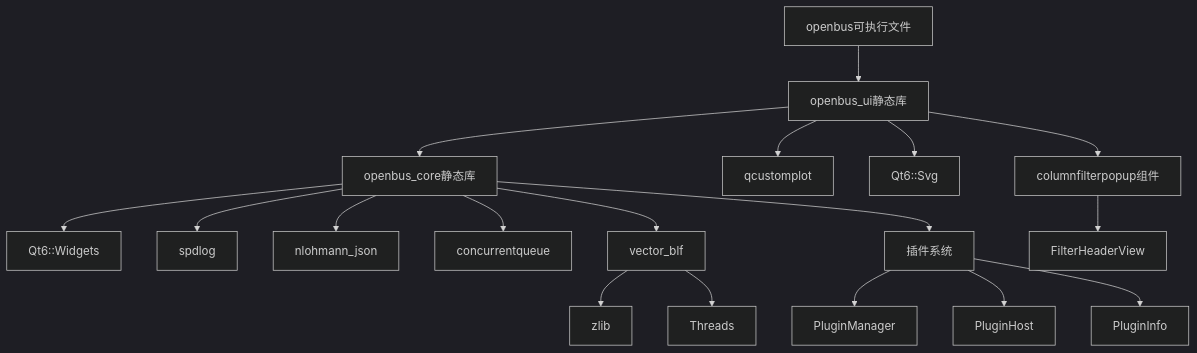
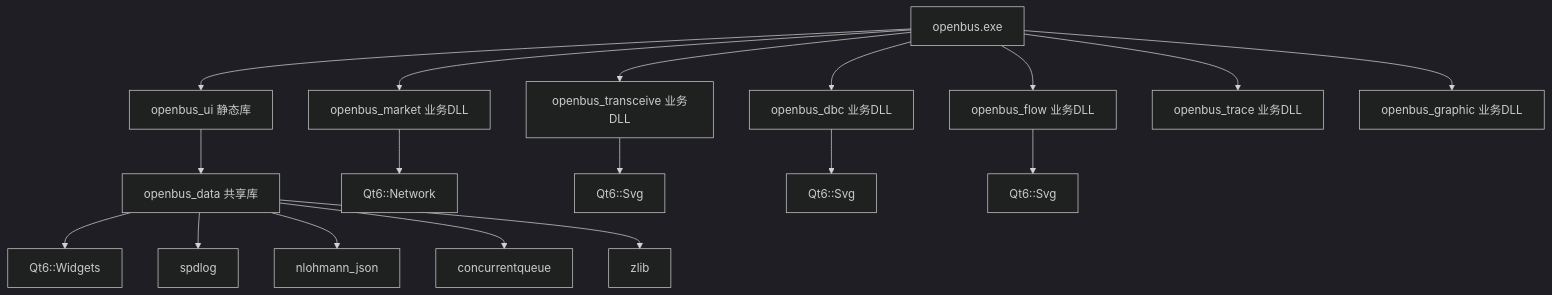
One commit to jakecai1225-design/OpenBus changed the third of 3 diagrams in .qoder/repowiki/zh/content/构建和部署/CMake构建配置.md. Above: the diagram before and after it, drawn with Mermaid (dark theme). The commit also changed other lines of this file and 177 other files, not shown here.

````diff
--- a/.qoder/repowiki/zh/content/构建和部署/CMake构建配置.md
+++ b/.qoder/repowiki/zh/content/构建和部署/CMake构建配置.md
@@ -821,20 +616,20 @@
 ```mermaid
 graph TD
-A[openbus可执行文件] --> B[openbus_ui静态库]
-B --> C[openbus_core静态库]
-C --> D[Qt6::Widgets]
-C --> E[spdlog]
-C --> F[nlohmann_json]
-C --> G[concurrentqueue]
-C --> H[vector_blf]
-H --> I[zlib]
-H --> J[Threads]
-B --> K[qcustomplot]
-B --> L[Qt6::Svg]
-B --> M[columnfilterpopup组件]
-M --> N[FilterHeaderView]
-C --> O[插件系统]
-O --> P[PluginManager]
-O --> Q[PluginHost]
-O --> R[PluginInfo]
+A[openbus.exe] --> B[openbus_ui 静态库]
+B --> C[openbus_data 共享库]
+A --> D[openbus_market 业务DLL]
+A --> E[openbus_transceive 业务DLL]
+A --> F[openbus_dbc 业务DLL]
+A --> G[openbus_flow 业务DLL]
+A --> H[openbus_trace 业务DLL]
+A --> I[openbus_graphic 业务DLL]
+C --> J[Qt6::Widgets]
+C --> K[spdlog]
+C --> L[nlohmann_json]
+C --> M[concurrentqueue]
+C --> N[zlib]
+D --> O[Qt6::Network]
+E --> P[Qt6::Svg]
+F --> Q[Qt6::Svg]
+G --> R[Qt6::Svg]
 ```
````
